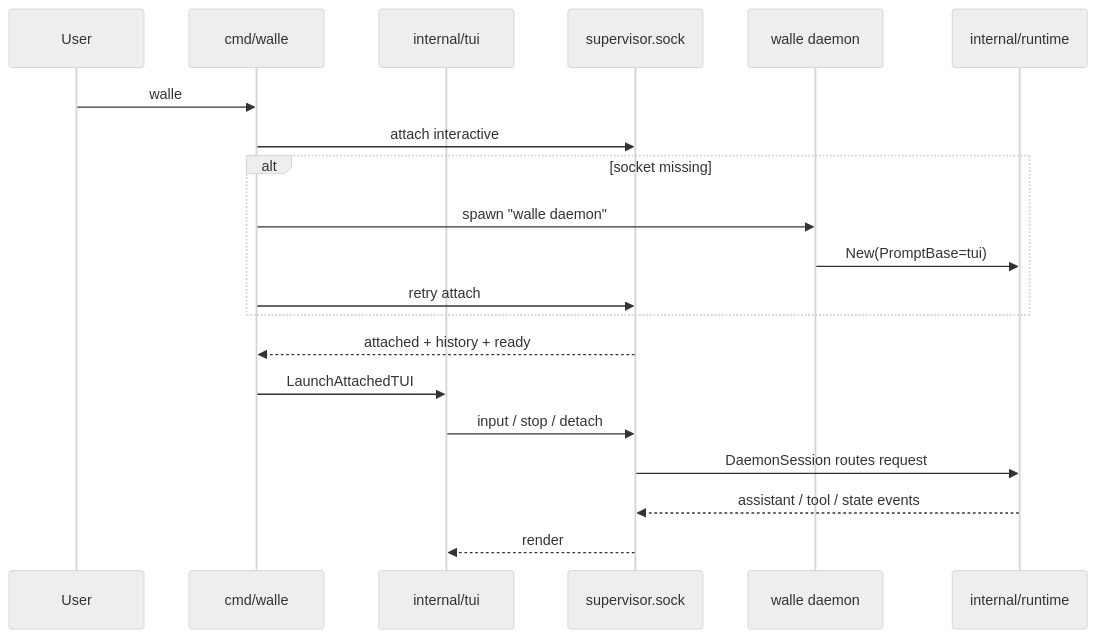
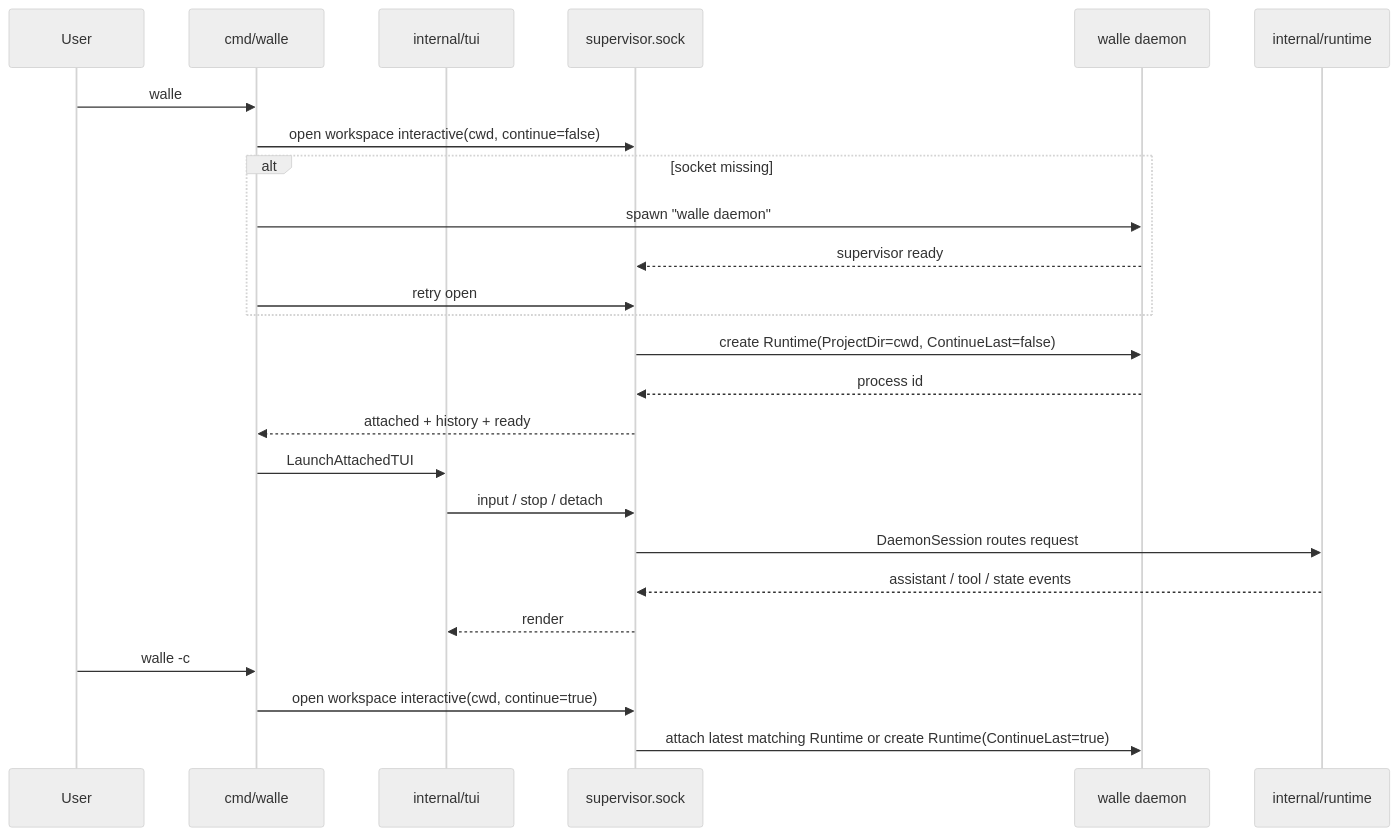
One commit to Ozqi/5hAgent changed the diagram in .spec/diagrams/walle-interactive-runtime.mmd. Above: the diagram before and after it, drawn with Mermaid (neutral theme). The commit also changed 43 other files, not shown here.

Commit message:
refactor(runtime): rename supervisor to agentd

```diff
--- a/.spec/diagrams/walle-interactive-runtime.mmd
+++ b/.spec/diagrams/walle-interactive-runtime.mmd
@@ -1,22 +1,28 @@
 %% 事实源: .spec/diagrams/walle-architecture-topology.json view_interactive_runtime
 sequenceDiagram
   participant User
   participant CLI as cmd/walle
   participant TUI as internal/tui
   participant Socket as supervisor.sock
   participant Daemon as walle daemon
   participant Runtime as internal/runtime
 
   User->>CLI: walle
-  CLI->>Socket: attach interactive
+  CLI->>Socket: open workspace interactive(cwd, continue=false)
   alt socket missing
     CLI->>Daemon: spawn "walle daemon"
-    Daemon->>Runtime: New(PromptBase=tui)
-    CLI->>Socket: retry attach
+    Daemon-->>Socket: supervisor ready
+    CLI->>Socket: retry open
   end
+  Socket->>Daemon: create Runtime(ProjectDir=cwd, ContinueLast=false)
+  Daemon-->>Socket: process id
   Socket-->>CLI: attached + history + ready
   CLI->>TUI: LaunchAttachedTUI
   TUI->>Socket: input / stop / detach
   Socket->>Runtime: DaemonSession routes request
   Runtime-->>Socket: assistant / tool / state events
   Socket-->>TUI: render
+
+  User->>CLI: walle -c
+  CLI->>Socket: open workspace interactive(cwd, continue=true)
+  Socket->>Daemon: attach latest matching Runtime or create Runtime(ContinueLast=true)
```
